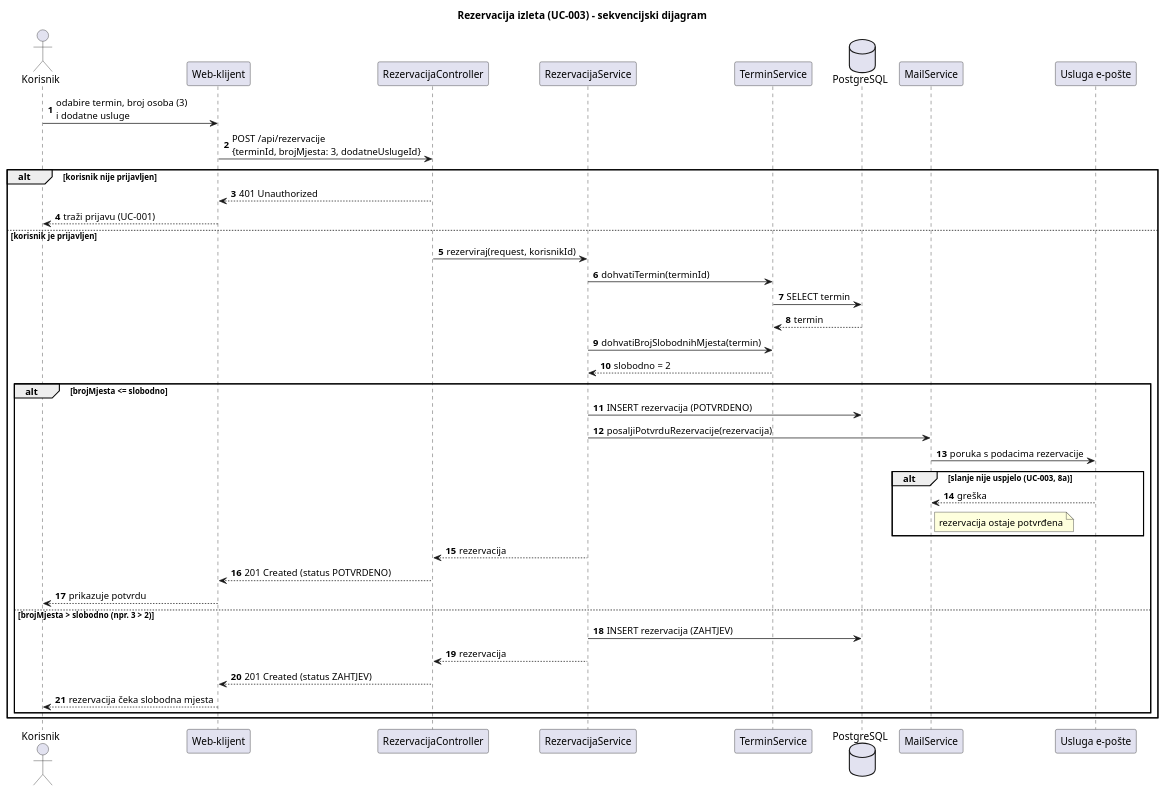
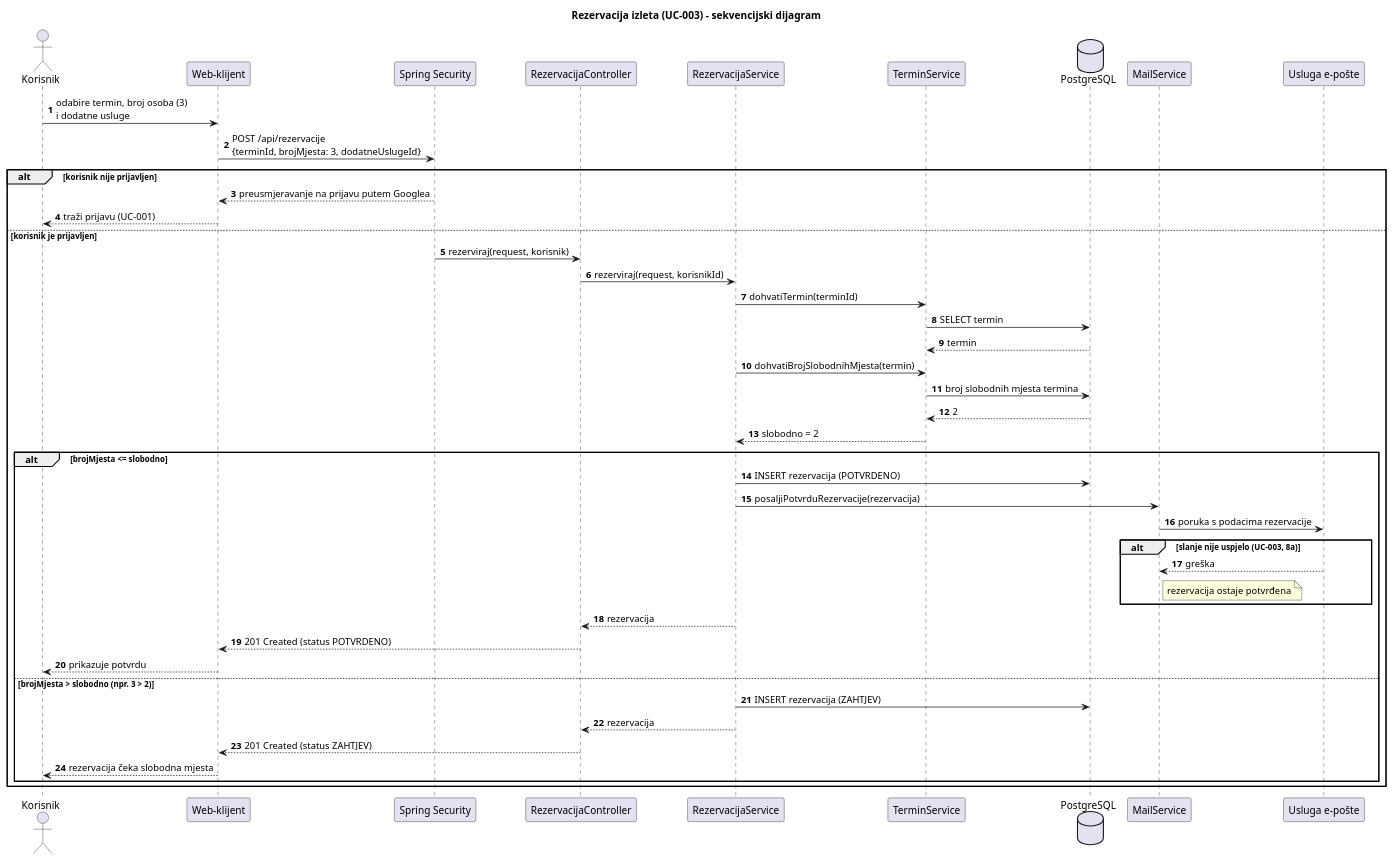
One commit to ivan-domljanovic/proinz-G11-3 changed the diagram in docs/puml/4-4-rezervacija-SD.puml. Above: the diagram before and after it, drawn with PlantUML.

Commit message:
ispravljen uml dijagram 4.4

```diff
--- a/docs/puml/4-4-rezervacija-SD.puml
+++ b/docs/puml/4-4-rezervacija-SD.puml
@@ -1,45 +1,49 @@
 @startuml 4-4-rezervacija-SD
 title Rezervacija izleta (UC-003) - sekvencijski dijagram
 skinparam shadowing false
 autonumber
 
 actor Korisnik
 participant "Web-klijent" as WEB
+participant "Spring Security" as SEC
 participant "RezervacijaController" as C
 participant "RezervacijaService" as S
 participant "TerminService" as TS
 database "PostgreSQL" as DB
 participant "MailService" as M
 participant "Usluga e-pošte" as MAIL
 
 Korisnik -> WEB : odabire termin, broj osoba (3)\ni dodatne usluge
-WEB -> C : POST /api/rezervacije\n{terminId, brojMjesta: 3, dodatneUslugeId}
+WEB -> SEC : POST /api/rezervacije\n{terminId, brojMjesta: 3, dodatneUslugeId}
 alt korisnik nije prijavljen
-  C --> WEB : 401 Unauthorized
+  SEC --> WEB : preusmjeravanje na prijavu putem Googlea
   WEB --> Korisnik : traži prijavu (UC-001)
 else korisnik je prijavljen
+  SEC -> C : rezerviraj(request, korisnik)
   C -> S : rezerviraj(request, korisnikId)
   S -> TS : dohvatiTermin(terminId)
   TS -> DB : SELECT termin
   DB --> TS : termin
   S -> TS : dohvatiBrojSlobodnihMjesta(termin)
+  TS -> DB : broj slobodnih mjesta termina
+  DB --> TS : 2
   TS --> S : slobodno = 2
   alt brojMjesta <= slobodno
     S -> DB : INSERT rezervacija (POTVRDENO)
     S -> M : posaljiPotvrduRezervacije(rezervacija)
     M -> MAIL : poruka s podacima rezervacije
     alt slanje nije uspjelo (UC-003, 8a)
       MAIL --> M : greška
       note right of M : rezervacija ostaje potvrđena
     end
     S --> C : rezervacija
     C --> WEB : 201 Created (status POTVRDENO)
     WEB --> Korisnik : prikazuje potvrdu
   else brojMjesta > slobodno (npr. 3 > 2)
     S -> DB : INSERT rezervacija (ZAHTJEV)
     S --> C : rezervacija
     C --> WEB : 201 Created (status ZAHTJEV)
     WEB --> Korisnik : rezervacija čeka slobodna mjesta
   end
 end
 @enduml
```
